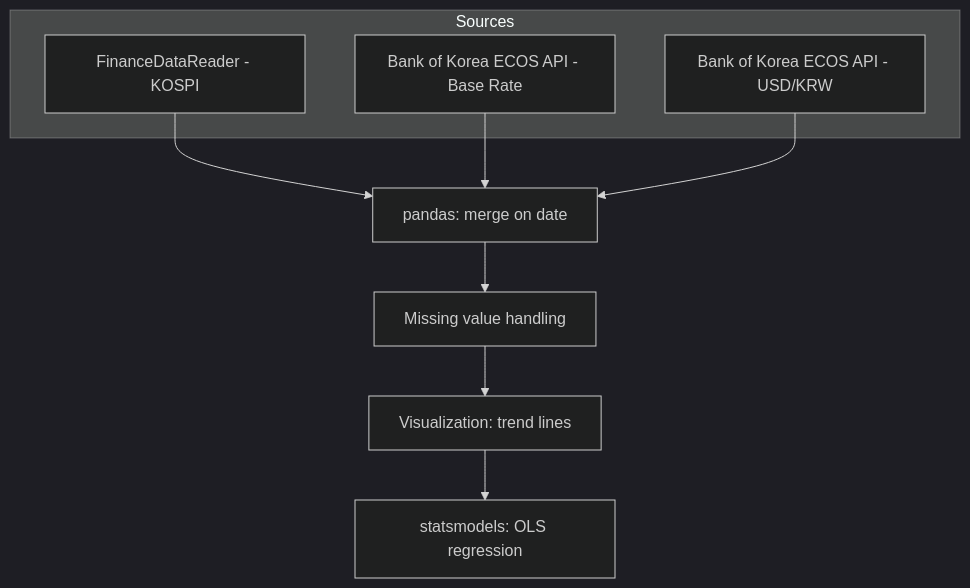
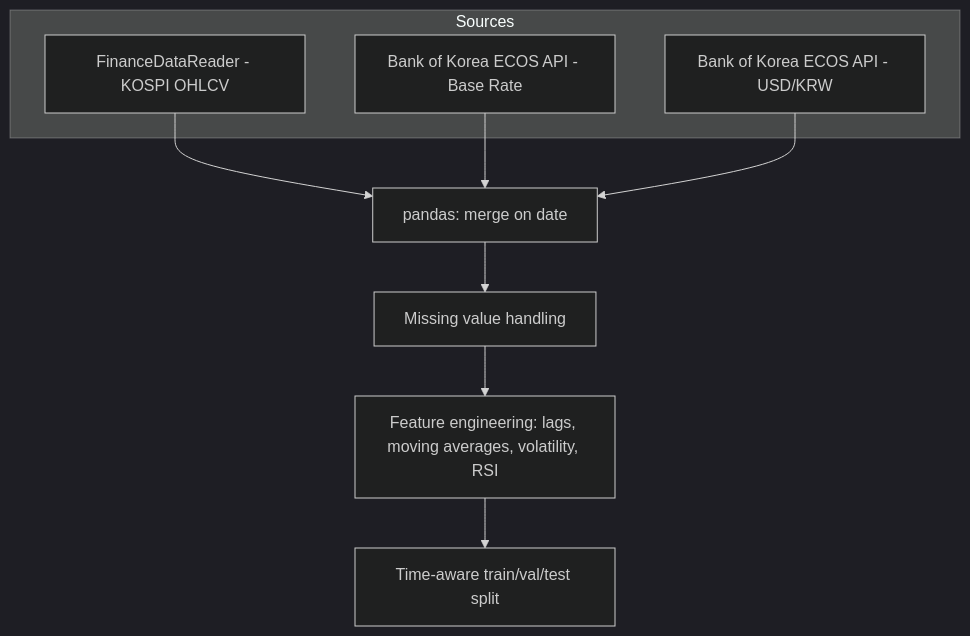
One commit to Hyukjennii/kospi-lag-effect-analytics changed the second of 3 diagrams in README.md. Above: the diagram before and after it, drawn with Mermaid (dark theme). The commit also changed other lines of this file and 1 other file, not shown here.

````diff
--- a/README.md
+++ b/README.md
@@ -50,14 +51,14 @@
 ```mermaid
 flowchart TD
     subgraph Sources
-        S1[FinanceDataReader - KOSPI]
+        S1[FinanceDataReader - KOSPI OHLCV]
         S2[Bank of Korea ECOS API - Base Rate]
         S3[Bank of Korea ECOS API - USD/KRW]
     end
     S1 --> M[pandas: merge on date]
     S2 --> M
     S3 --> M
     M --> C[Missing value handling]
-    C --> V[Visualization: trend lines]
-    V --> R[statsmodels: OLS regression]
+    C --> FE[Feature engineering: lags, moving averages, volatility, RSI]
+    FE --> SP[Time-aware train/val/test split]
 ```
````
